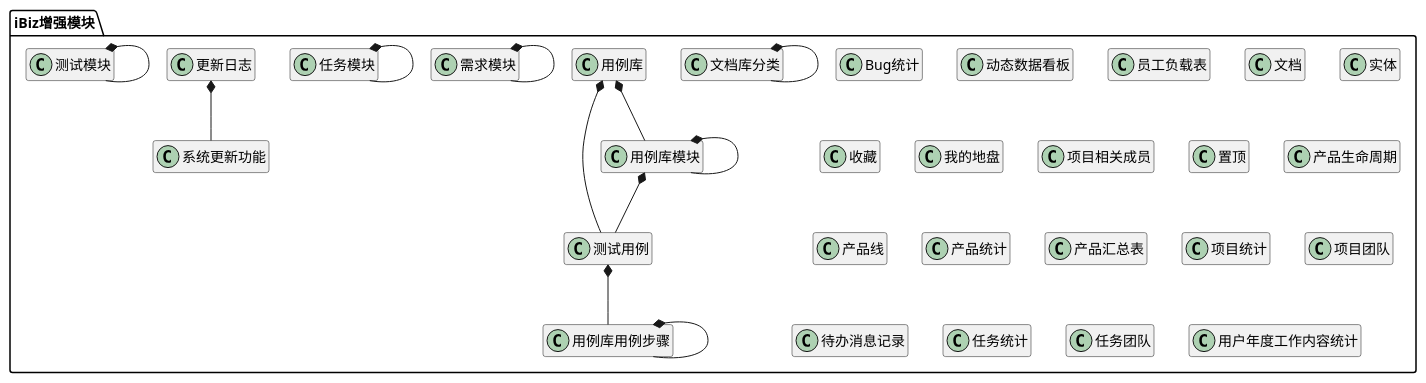
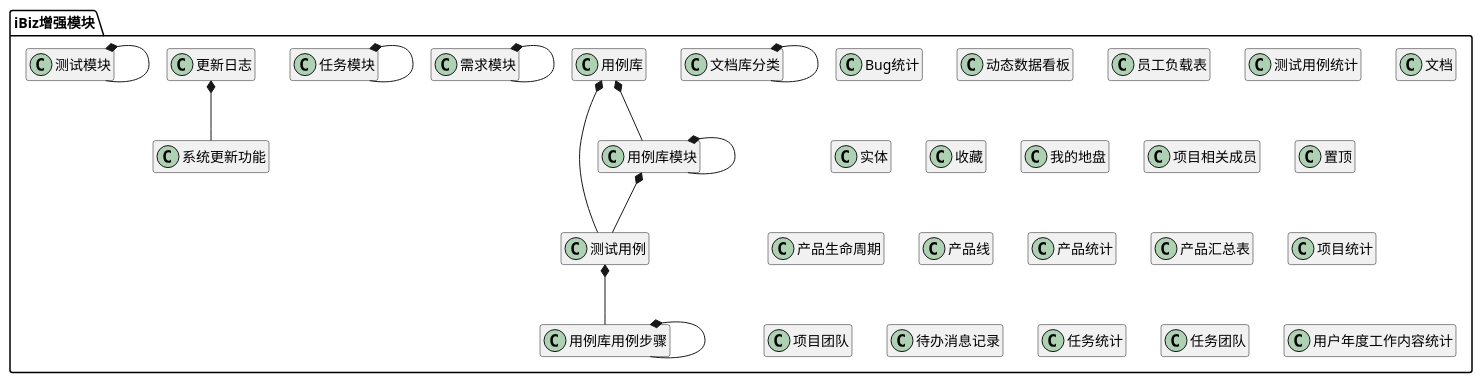
The diagram in ibizpms-docs/src/main/doc/v1/module/ibiz.md (zj335841911/nt_chandao), drawn with PlantUML before and after one commit. The commit also changed other lines of this file and 38 other files, not shown here.

```diff
--- a/ibizpms-docs/src/main/doc/v1/module/ibiz.md
+++ b/ibizpms-docs/src/main/doc/v1/module/ibiz.md
@@ -17,6 +17,9 @@
 }
 
 class 员工负载表 {
+}
+
+class 测试用例统计 {
 }
 
 class 文档 {
```
